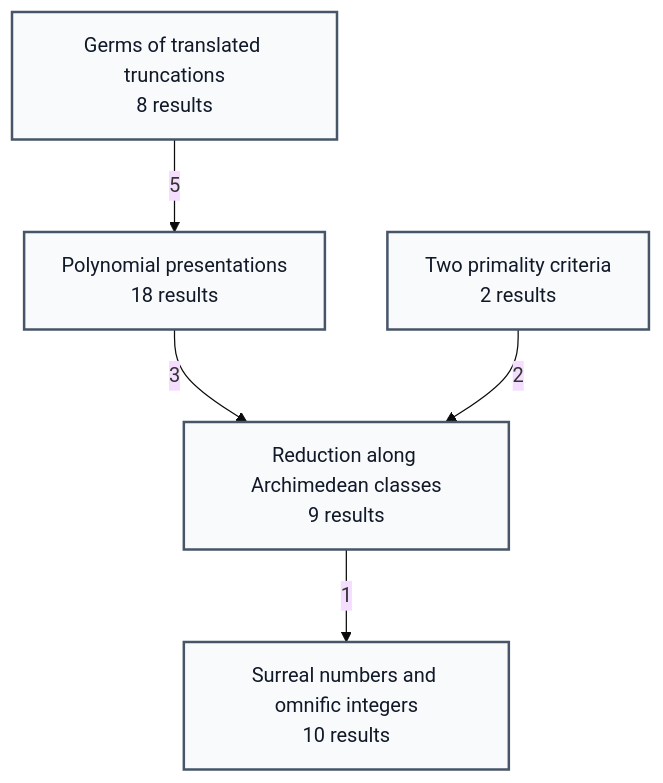
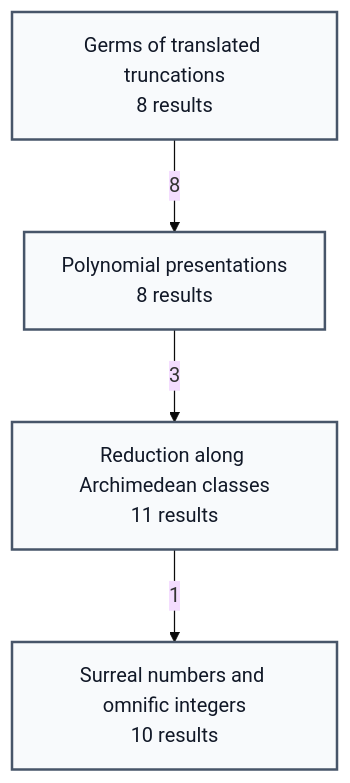
Before and after one commit to gaearon/conway-refinement: the first of 5 diagrams in README.md, drawn with Mermaid (base theme). The commit also changed other lines of this file and 20 other files, not shown here.

First line of the commit message:
Present the transcendence argument for power series; move the primality criteria to the reduction

````diff
--- a/README.md
+++ b/README.md
@@ -168,21 +168,18 @@
 ```mermaid
 %% Generated by scripts/blueprint.sh; do not edit.
 %% Edge labels count visible result dependencies.
 flowchart TB
-  p0["Two primality criteria<br/>2 results"]:::phase
-  p1["Germs of translated truncations<br/>8 results"]:::phase
-  p2["Polynomial presentations<br/>18 results"]:::phase
-  p3["Reduction along Archimedean classes<br/>9 results"]:::phase
-  p4["Surreal numbers and omnific integers<br/>10 results"]:::phase
-  p1 -->|"5"| p2
-  p2 -->|"3"| p3
-  p0 -->|"2"| p3
-  p3 -->|"1"| p4
-  click p0 "https://gaearon.github.io/conway-refinement/#/chapter/primality-criteria" "Open Two primality criteria"
-  click p1 "https://gaearon.github.io/conway-refinement/#/chapter/germs" "Open Germs of translated truncations"
-  click p2 "https://gaearon.github.io/conway-refinement/#/chapter/polynomial-presentations" "Open Polynomial presentations"
-  click p3 "https://gaearon.github.io/conway-refinement/#/chapter/archimedean-reduction" "Open Reduction along Archimedean classes"
-  click p4 "https://gaearon.github.io/conway-refinement/#/chapter/conway-refinement" "Open Surreal numbers and omnific integers"
+  p0["Germs of translated truncations<br/>8 results"]:::phase
+  p1["Polynomial presentations<br/>8 results"]:::phase
+  p2["Reduction along Archimedean classes<br/>11 results"]:::phase
+  p3["Surreal numbers and omnific integers<br/>10 results"]:::phase
+  p0 -->|"8"| p1
+  p1 -->|"3"| p2
+  p2 -->|"1"| p3
+  click p0 "https://gaearon.github.io/conway-refinement/#/chapter/germs" "Open Germs of translated truncations"
+  click p1 "https://gaearon.github.io/conway-refinement/#/chapter/polynomial-presentations" "Open Polynomial presentations"
+  click p2 "https://gaearon.github.io/conway-refinement/#/chapter/archimedean-reduction" "Open Reduction along Archimedean classes"
+  click p3 "https://gaearon.github.io/conway-refinement/#/chapter/conway-refinement" "Open Surreal numbers and omnific integers"
 
   classDef phase fill:#f8fafc,stroke:#475569,stroke-width:2px,color:#111827
 ```
````
